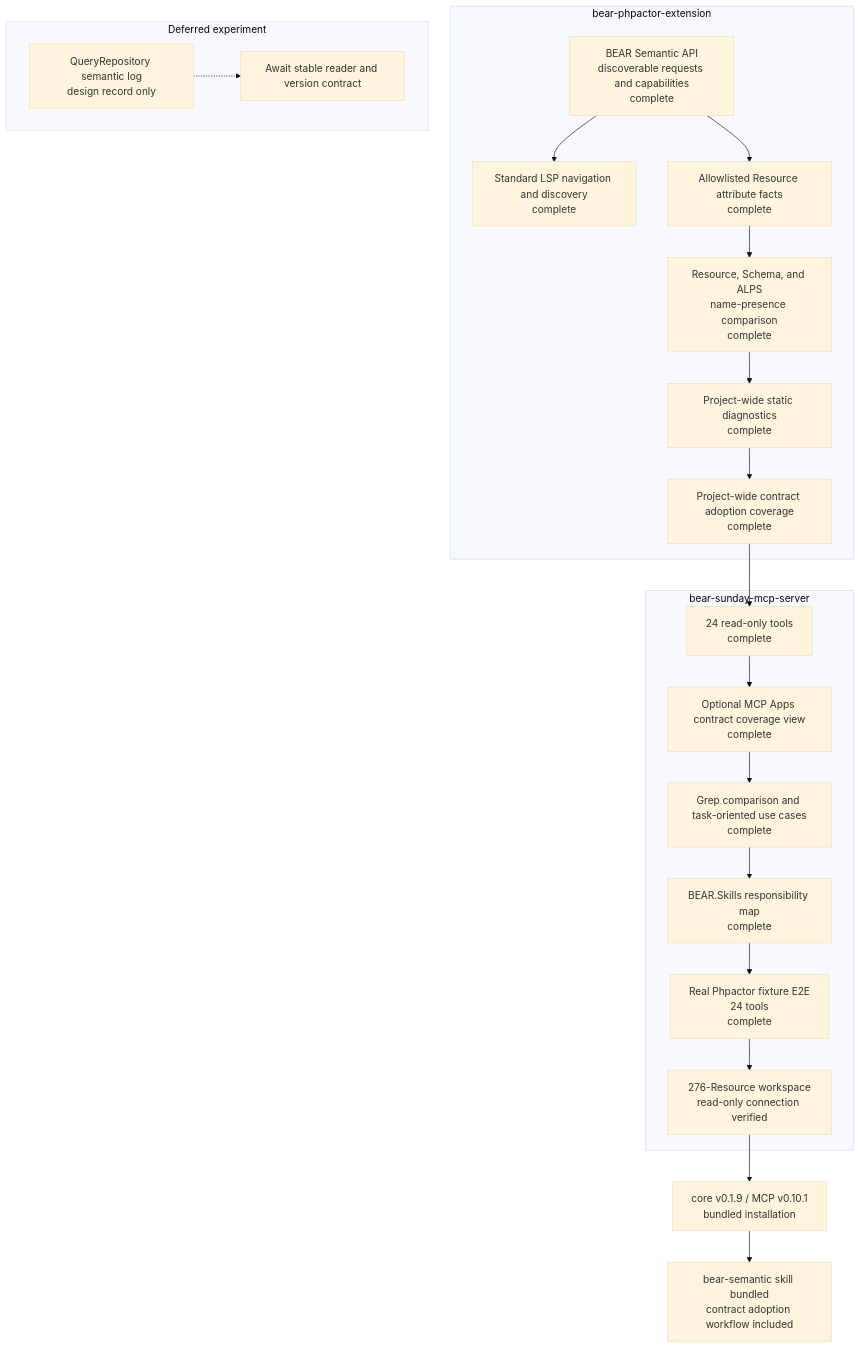
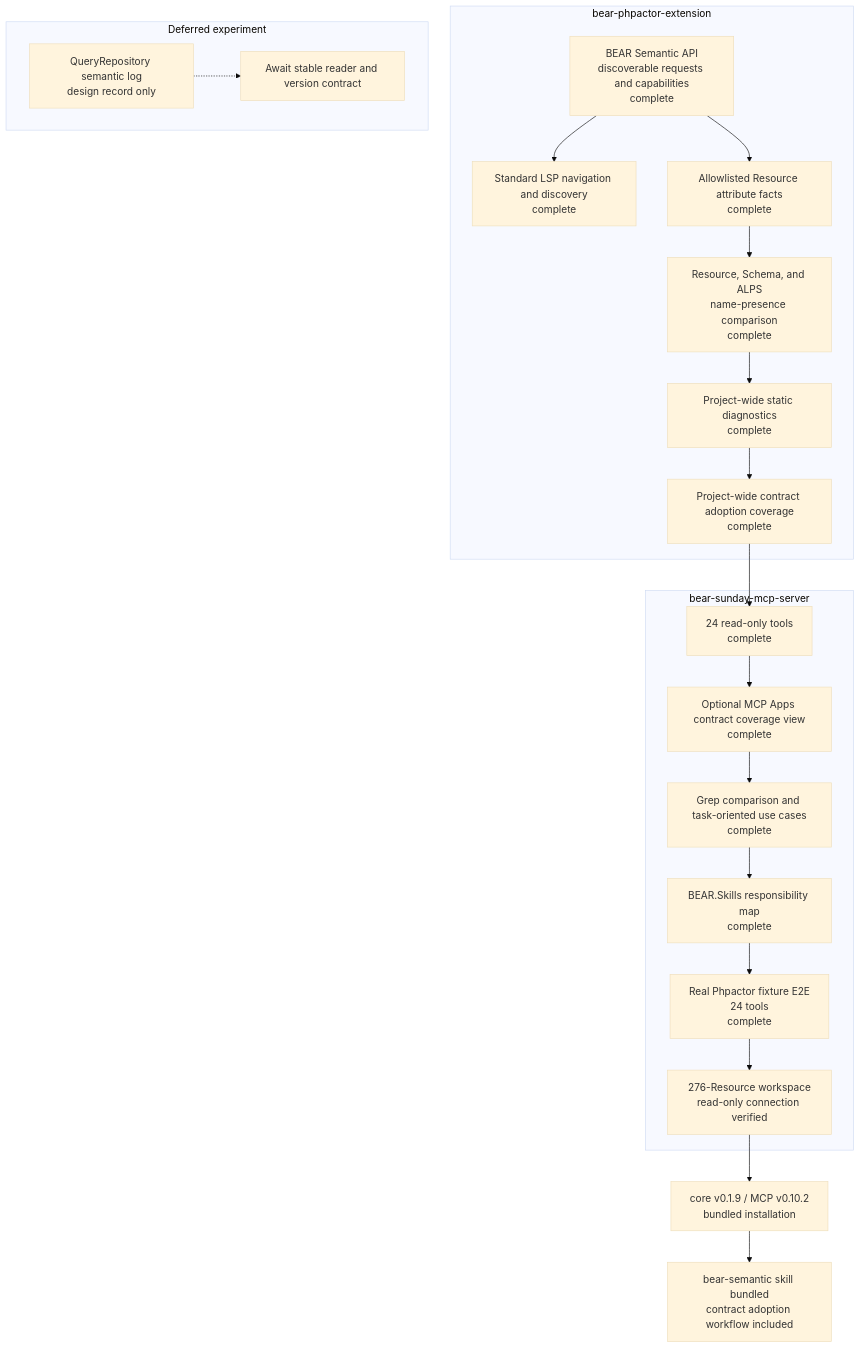
Before and after one commit to suzumaze/bear-sunday-mcp-server: the diagram in docs/project-status.md, drawn with Mermaid (base theme). The commit also changed other lines of this file and 3 other files, not shown here.

````diff
--- a/docs/project-status.md
+++ b/docs/project-status.md
@@ -9,34 +9,34 @@
 ```mermaid
 flowchart TB
     subgraph Core["bear-phpactor-extension"]
         C1["BEAR Semantic API<br/>discoverable requests and capabilities<br/>complete"]
         C2["Standard LSP navigation and discovery<br/>complete"]
         C3["Allowlisted Resource attribute facts<br/>complete"]
         C4["Resource, Schema, and ALPS<br/>name-presence comparison<br/>complete"]
         C5["Project-wide static diagnostics<br/>complete"]
         C6["Project-wide contract adoption coverage<br/>complete"]
         C1 --> C2
         C1 --> C3 --> C4 --> C5 --> C6
     end
 
     subgraph MCP["bear-sunday-mcp-server"]
         M1["24 read-only tools<br/>complete"]
         M0["Optional MCP Apps contract coverage view<br/>complete"]
         M2["Grep comparison and task-oriented use cases<br/>complete"]
         M3["BEAR.Skills responsibility map<br/>complete"]
         M4["Real Phpactor fixture E2E<br/>24 tools<br/>complete"]
         M5["276-Resource workspace<br/>read-only connection verified"]
         M1 --> M0 --> M2 --> M3 --> M4 --> M5
     end
 
     C6 --> M1
 
     subgraph Deferred["Deferred experiment"]
         D1["QueryRepository semantic log<br/>design record only"]
         D2["Await stable reader and version contract"]
         D1 -.-> D2
     end
 
-    M5 --> R1["core v0.1.9 / MCP v0.10.1<br/>bundled installation"]
+    M5 --> R1["core v0.1.9 / MCP v0.10.2<br/>bundled installation"]
     R1 --> S1["bear-semantic skill bundled<br/>contract adoption workflow included"]
 ```
````
